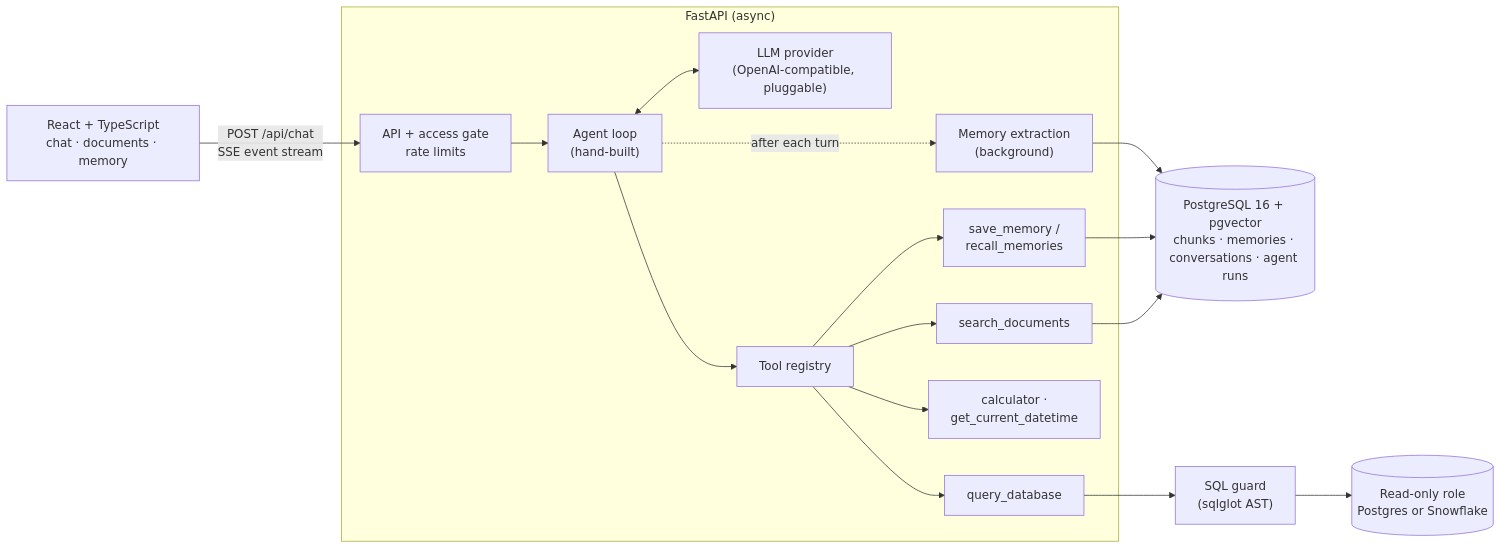
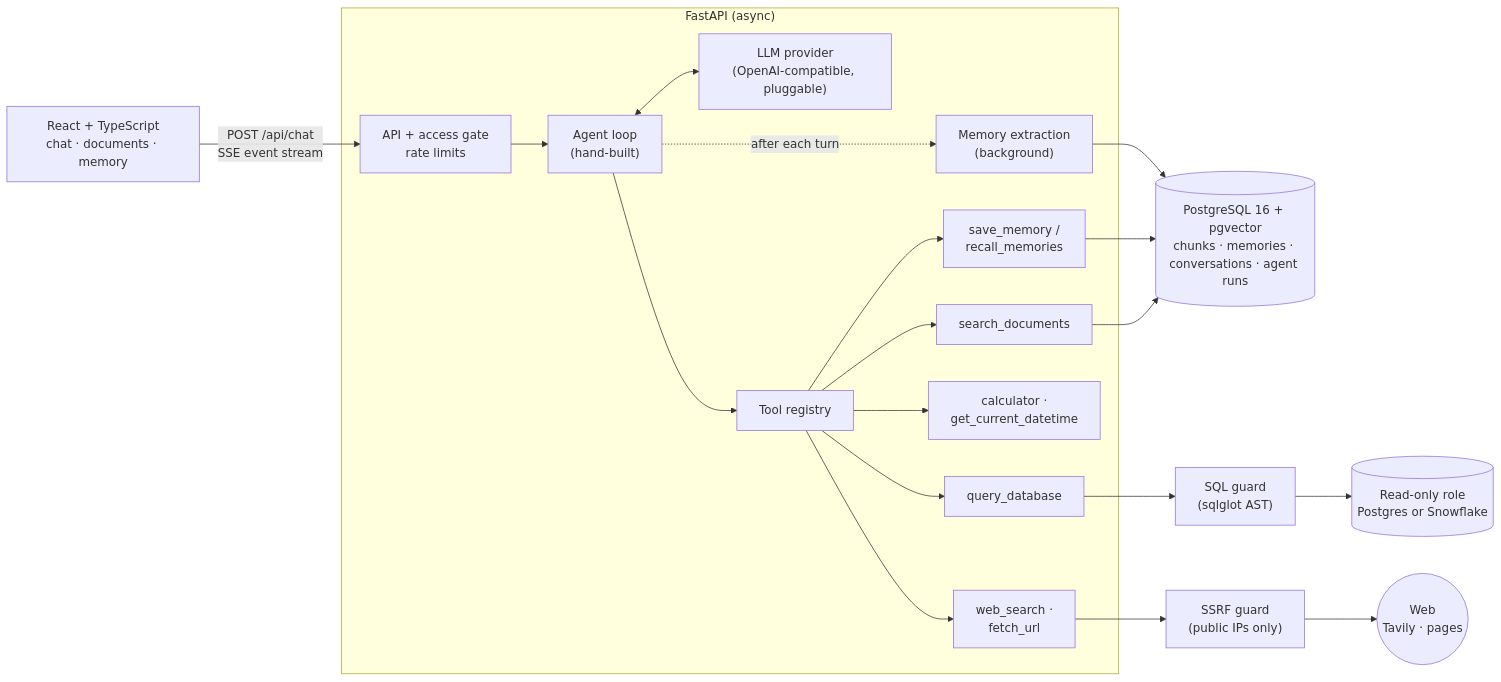
One commit to reuelskoshy/recall-agent changed the diagram in README.md. Above: the diagram before and after it, drawn with Mermaid. The commit also changed other lines of this file and 18 other files, not shown here.

First line of the commit message:
Add web tools: web_search (Tavily) and fetch_url, with SSRF protection

````diff
--- a/README.md
+++ b/README.md
@@ -19,21 +20,23 @@
 ```mermaid
 flowchart LR
     UI["React + TypeScript<br/>chat · documents · memory"] -- "POST /api/chat<br/>SSE event stream" --> API
 
     subgraph Backend["FastAPI (async)"]
         API["API + access gate<br/>rate limits"] --> Loop["Agent loop<br/>(hand-built)"]
         Loop <--> LLM["LLM provider<br/>(OpenAI-compatible, pluggable)"]
         Loop --> Registry["Tool registry"]
         Registry --> T1["search_documents"]
         Registry --> T2["query_database"]
         Registry --> T3["save_memory /<br/>recall_memories"]
         Registry --> T4["calculator ·<br/>get_current_datetime"]
+        Registry --> T5["web_search ·<br/>fetch_url"]
         Loop -. "after each turn" .-> Extract["Memory extraction<br/>(background)"]
     end
 
     T1 --> PG[("PostgreSQL 16 + pgvector<br/>chunks · memories · conversations · agent runs")]
     T3 --> PG
     Extract --> PG
     T2 --> Guard["SQL guard<br/>(sqlglot AST)"]
     Guard --> RO[("Read-only role<br/>Postgres or Snowflake")]
+    T5 --> SSRF["SSRF guard<br/>(public IPs only)"] --> Web(("Web<br/>Tavily · pages"))
 ```
````
